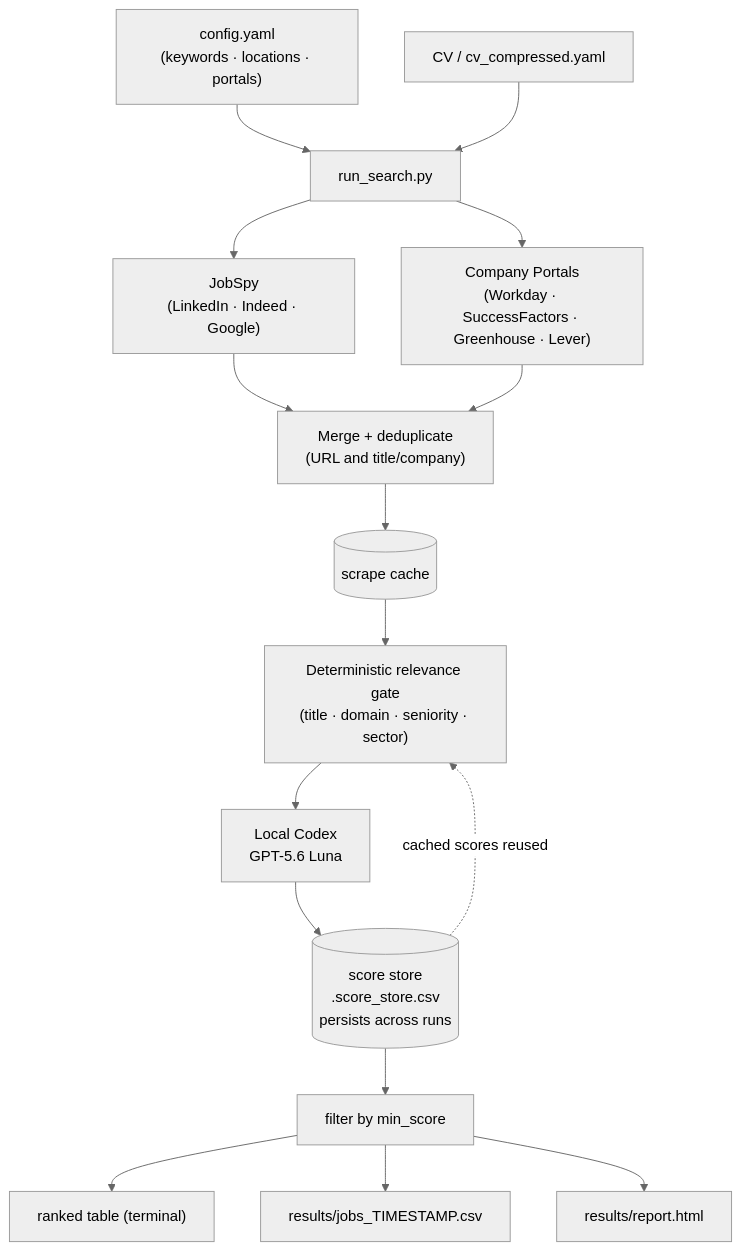
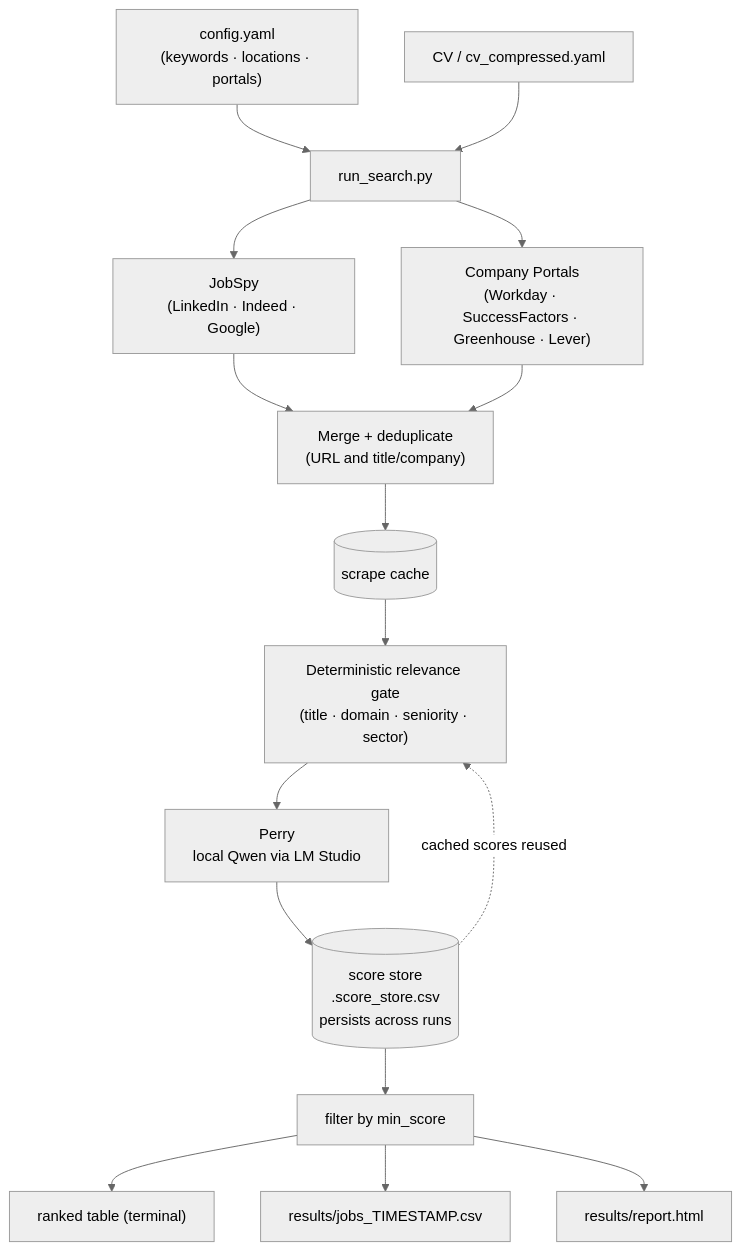
The diagram in README.md (s-weissbach/job_search_automation), drawn with Mermaid (neutral theme) before and after one commit. The commit also changed other lines of this file, not shown here.

Commit message:
Document Perry daily job scoring

````diff
--- a/README.md
+++ b/README.md
@@ -7,26 +7,26 @@
 ```mermaid
 flowchart TD
     CFG["config.yaml\n(keywords · locations · portals)"]
     CV["CV / cv_compressed.yaml"]
 
     CFG --> RUN["run_search.py"]
     CV  --> RUN
 
     RUN --> JS["JobSpy\n(LinkedIn · Indeed · Google)"]
     RUN --> CP["Company Portals\n(Workday · SuccessFactors · Greenhouse · Lever)"]
 
     JS  --> DEDUP["Merge + deduplicate\n(URL and title/company)"]
     CP  --> DEDUP
 
     DEDUP --> SC[("scrape cache")]
 
     SC --> PF["Deterministic relevance gate\n(title · domain · seniority · sector)"]
-    PF --> CX["Local Codex\nGPT-5.6 Luna"]
+    PF --> CX["Perry\nlocal Qwen via LM Studio"]
     CX --> SS[("score store\n.score_store.csv\npersists across runs")]
     SS -. "cached scores reused" .-> PF
 
     SS --> F["filter by min_score"]
     F  --> T["ranked table (terminal)"]
     F  --> CSV["results/jobs_TIMESTAMP.csv"]
     F  --> HTML["results/report.html"]
 ```
````
